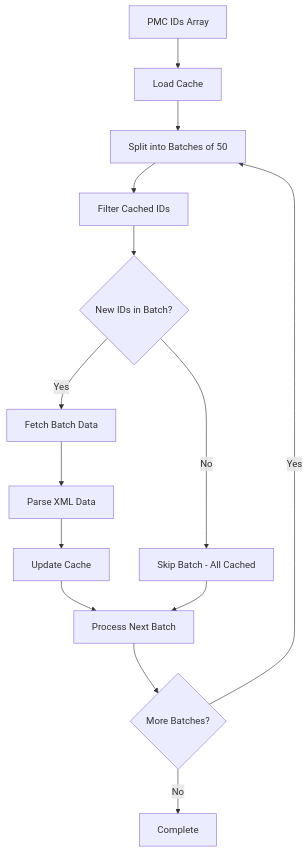
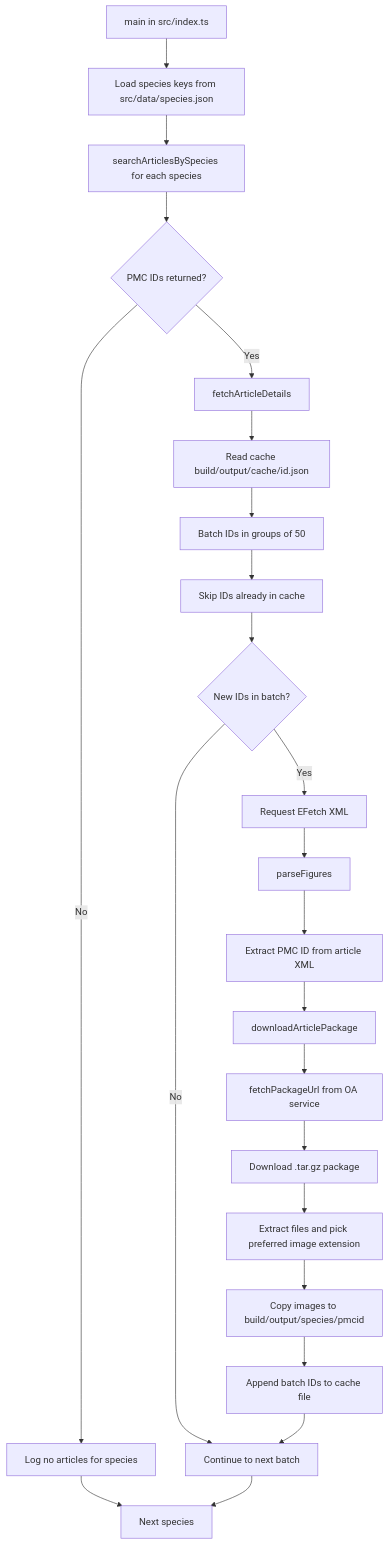
The diagram in docs/usage/api/index.md (AlexJSully/Publication-Figure-Retrieval), drawn with Mermaid before and after one commit. The commit also changed other lines of this file and 14 other files, not shown here.

````diff
--- a/docs/usage/api/index.md
+++ b/docs/usage/api/index.md
@@ -170,16 +29,28 @@
 ```mermaid
-graph TD
-    A[PMC IDs Array] --> B[Load Cache]
-    B --> C[Split into Batches of 50]
-    C --> D[Filter Cached IDs]
-    D --> E{New IDs in Batch?}
-    E -->|Yes| F[Fetch Batch Data]
-    E -->|No| G[Skip Batch - All Cached]
-    F --> H[Parse XML Data]
-    H --> I[Update Cache]
-    I --> J[Process Next Batch]
-    G --> J
-    J --> K{More Batches?}
-    K -->|Yes| C
-    K -->|No| L[Complete]
+flowchart TD
+    accTitle: API Processing Pipeline
+    accDescr: Flow of function calls from main through species search, batched XML retrieval, XML parsing, package download, extraction, and cache updates.
+
+    A[main in src/index.ts] --> B[Load species keys from src/data/species.json]
+    B --> C[searchArticlesBySpecies for each species]
+    C --> D{PMC IDs returned?}
+    D -->|No| E[Log no articles for species]
+    D -->|Yes| F[fetchArticleDetails]
+    F --> G[Read cache build/output/cache/id.json]
+    G --> H[Batch IDs in groups of 50]
+    H --> I[Skip IDs already in cache]
+    I --> J{New IDs in batch?}
+    J -->|No| K[Continue to next batch]
+    J -->|Yes| L[Request EFetch XML]
+    L --> M[parseFigures]
+    M --> N[Extract PMC ID from article XML]
+    N --> O[downloadArticlePackage]
+    O --> P[fetchPackageUrl from OA service]
+    P --> Q[Download .tar.gz package]
+    Q --> R[Extract files and pick preferred image extension]
+    R --> S[Copy images to build/output/species/pmcid]
+    S --> T[Append batch IDs to cache file]
+    T --> K
+    E --> U[Next species]
+    K --> U
 ```
````
